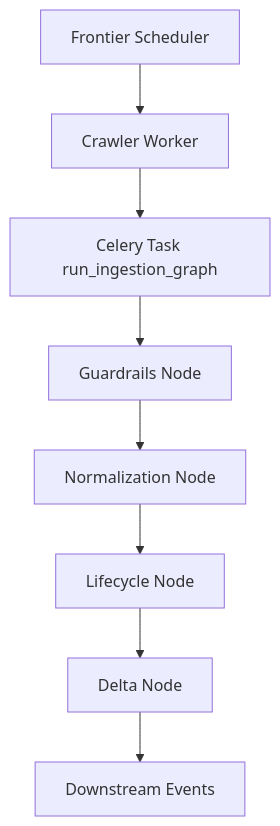
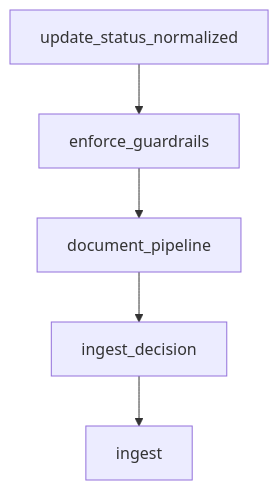
Before and after one commit to fraven01/NOESIS-2: the diagram in docs/crawler/overview.md, drawn with Mermaid. The commit also changed other lines of this file, not shown here.

Commit message:
Update crawler ingestion pipeline documentation

````diff
--- a/docs/crawler/overview.md
+++ b/docs/crawler/overview.md
@@ -24,10 +24,7 @@
 ```mermaid
 flowchart TD
-    F[Frontier Scheduler] --> W[Crawler Worker]
-    W --> Q[Celery Task run_ingestion_graph]
-    Q --> G[Guardrails Node]
-    G --> N[Normalization Node]
-    N --> L[Lifecycle Node]
-    L --> D[Delta Node]
-    D --> E[Downstream Events]
+    U[update_status_normalized] --> G[enforce_guardrails]
+    G --> P[document_pipeline]
+    P --> D[ingest_decision]
+    D --> I[ingest]
 ```
````
